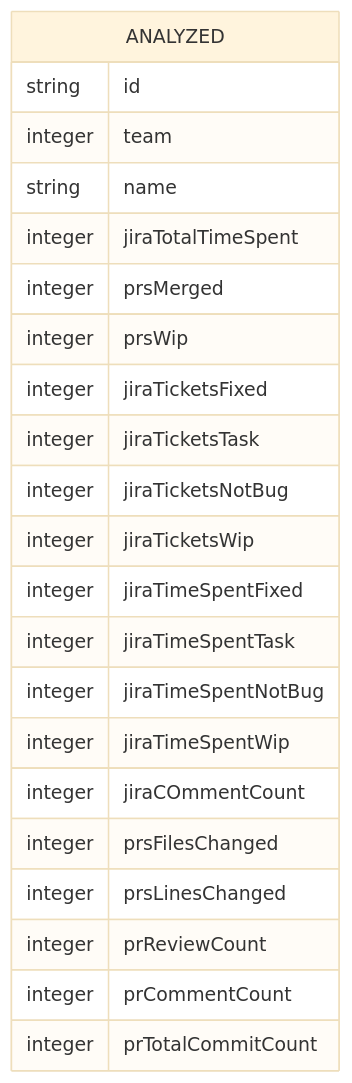
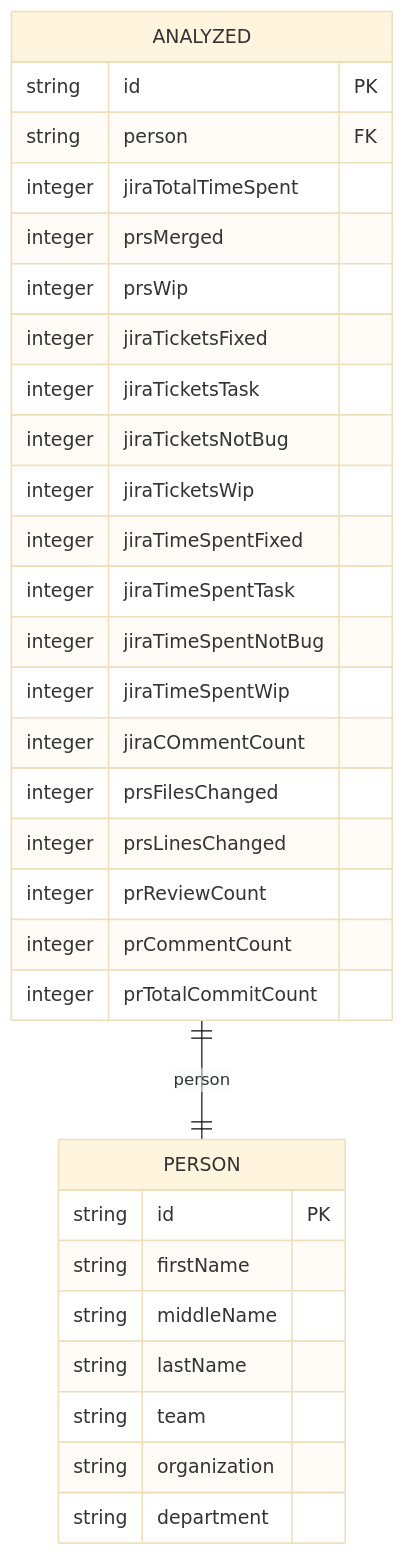
The second of 2 diagrams in blog/2023/12/26/productivity-performance-software-engineering-teams-part-2/readme.md (manastalukdar/manastalukdar.github.io), drawn with Mermaid (base theme) before and after one commit. The commit also changed other lines of this file, not shown here.

````diff
--- a/blog/2023/12/26/productivity-performance-software-engineering-teams-part-2/readme.md
+++ b/blog/2023/12/26/productivity-performance-software-engineering-teams-part-2/readme.md
@@ -232,25 +272,34 @@
 ```mermaid
 erDiagram
+    PERSON {
+        string id PK
+        string firstName
+        string middleName
+        string lastName
+        string team
+        string organization
+        string department
+    }
     ANALYZED {
-        string id
-        integer team
-        string name
+        string id PK
+        string person FK
         integer jiraTotalTimeSpent
         integer prsMerged
         integer prsWip
         integer jiraTicketsFixed
         integer jiraTicketsTask
         integer jiraTicketsNotBug
         integer jiraTicketsWip
         integer jiraTimeSpentFixed
         integer jiraTimeSpentTask
         integer jiraTimeSpentNotBug
         integer jiraTimeSpentWip
         integer jiraCOmmentCount
         integer prsFilesChanged
         integer prsLinesChanged
         integer prReviewCount
         integer prCommentCount
         integer prTotalCommitCount
     }
+    ANALYZED ||--|| PERSON : person
 ```
````
